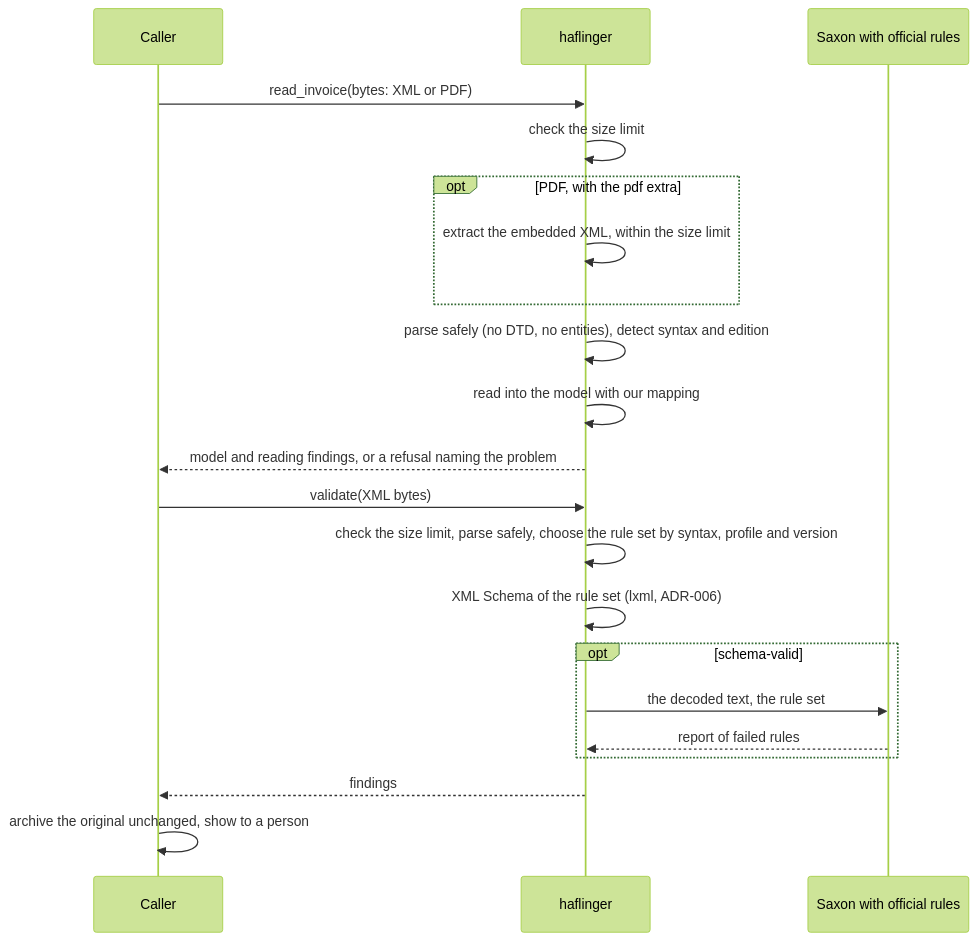
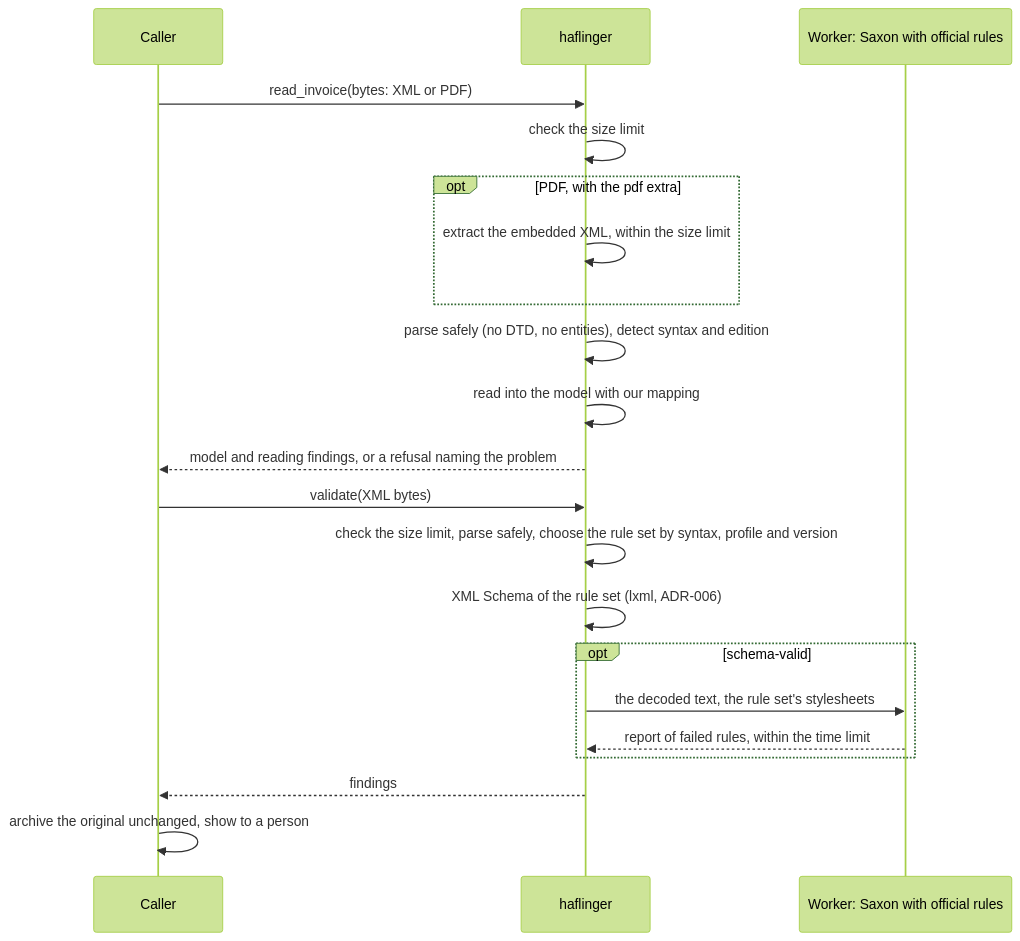
Before and after one commit to Interlusion/haflinger: the third of 5 diagrams in docs/arc42/README.md, drawn with Mermaid (forest theme). The commit also changed other lines of this file and 7 other files, not shown here.

````diff
--- a/docs/arc42/README.md
+++ b/docs/arc42/README.md
@@ -148,23 +151,23 @@
 ```mermaid
 sequenceDiagram
     participant A as Caller
     participant H as haflinger
-    participant S as Saxon with official rules
+    participant S as Worker: Saxon with official rules
     A->>H: read_invoice(bytes: XML or PDF)
     H->>H: check the size limit
     opt PDF, with the pdf extra
         H->>H: extract the embedded XML, within the size limit
     end
     H->>H: parse safely (no DTD, no entities), detect syntax and edition
     H->>H: read into the model with our mapping
     H-->>A: model and reading findings, or a refusal naming the problem
     A->>H: validate(XML bytes)
     H->>H: check the size limit, parse safely, choose the rule set by syntax, profile and version
     H->>H: XML Schema of the rule set (lxml, ADR-006)
     opt schema-valid
-        H->>S: the decoded text, the rule set
-        S-->>H: report of failed rules
+        H->>S: the decoded text, the rule set's stylesheets
+        S-->>H: report of failed rules, within the time limit
     end
     H-->>A: findings
     A->>A: archive the original unchanged, show to a person
 ```
````
